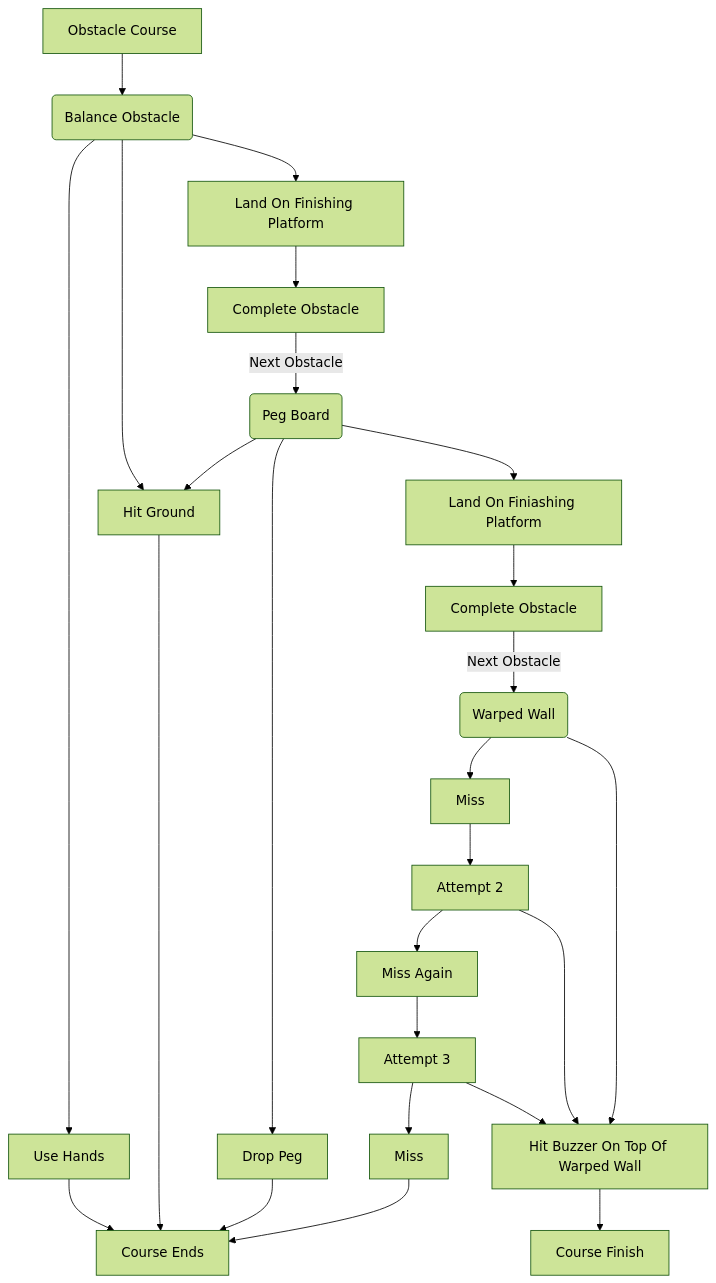
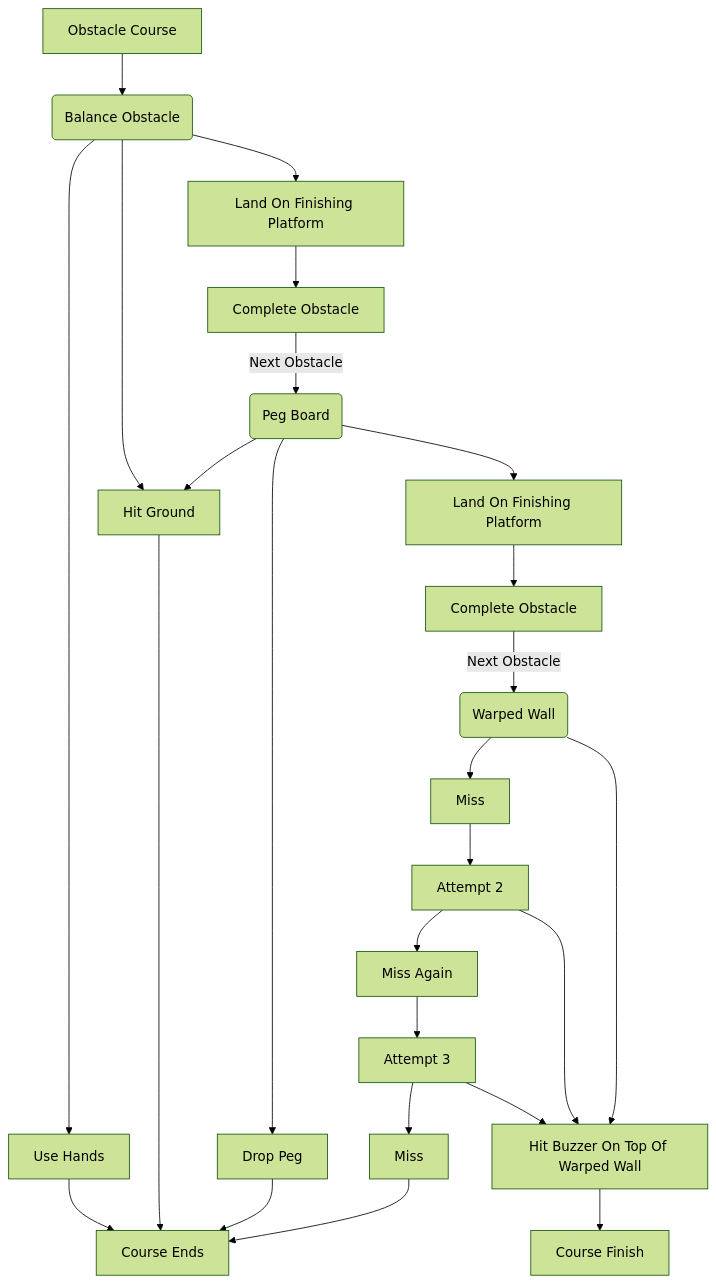
Before and after one commit to BrandonBThomas/BasicObstacleCourseFlowChart: the diagram in README.md, drawn with Mermaid (forest theme).

Commit message:
Edit 4
Corrected Spelling mistake on line 13

````diff
--- a/README.md
+++ b/README.md
@@ -3,22 +3,22 @@
 ```mermaid
 flowchart TD
     A[Obstacle Course] --> B(Balance Obstacle)
     B --> C[Use Hands] --> F
     B --> D[Hit Ground] --> F
     B --> E[Land On Finishing Platform] --> G
     F[Course Ends]
     G[Complete Obstacle] -->|Next Obstacle| H(Peg Board)
     H --> D
     H --> J[Drop Peg] --> F
-    H --> K[Land On Finiashing Platform] --> L
+    H --> K[Land On Finishing Platform] --> L
     L[Complete Obstacle] -->|Next Obstacle| M(Warped Wall)
     M --> N[Miss] --> O
     O[Attempt 2] --> P
     P[Miss Again] --> Q
     Q[Attempt 3] --> R
     R[Miss] --> F
     M --> S
     O --> S
     Q --> S
     S[Hit Buzzer On Top Of Warped Wall] --> T[Course Finish]
 ```
````
